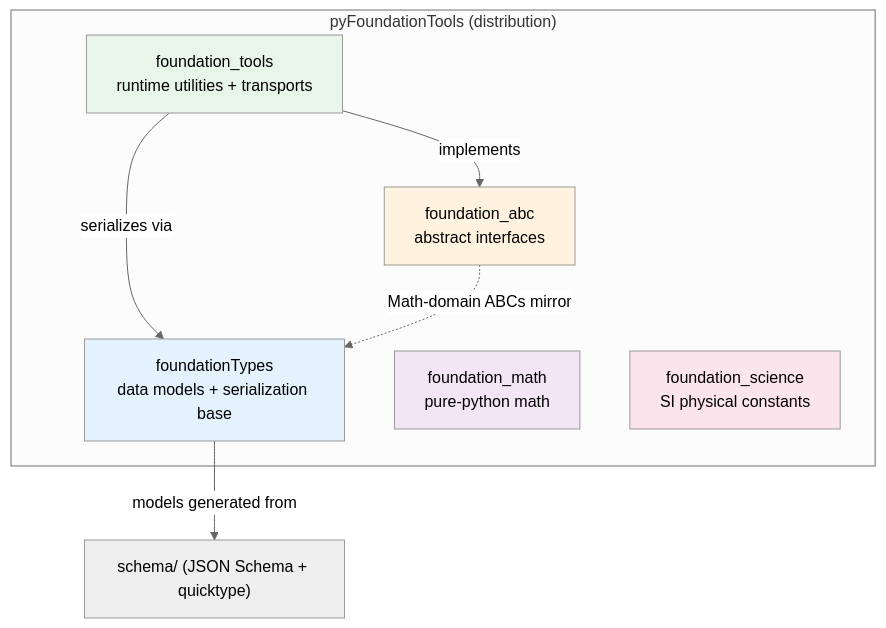
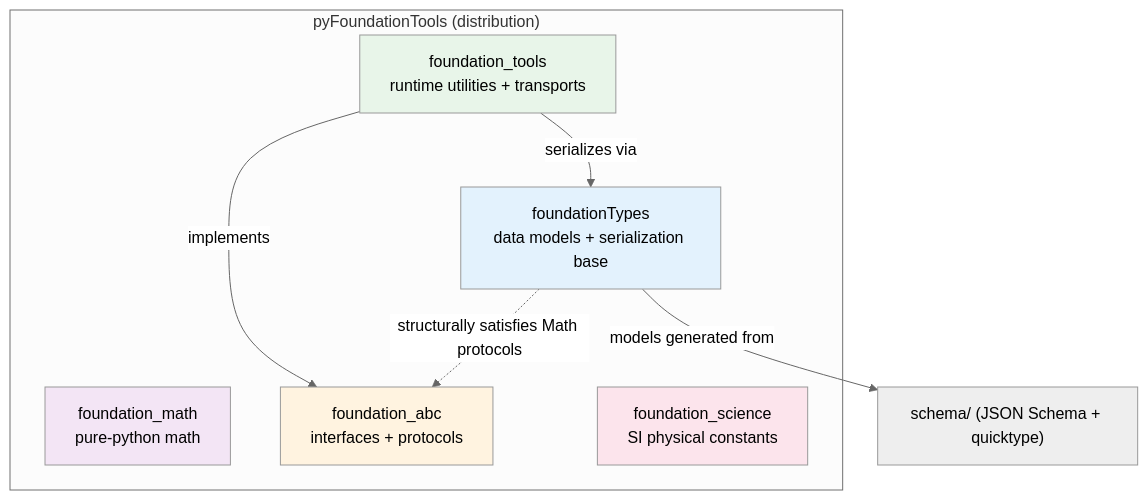
One commit to kopecn/py-foundationTools changed the first of 2 diagrams in docs/README.md. Above: the diagram before and after it, drawn with Mermaid (neutral theme). The commit also changed other lines of this file and 49 other files, not shown here.

````diff
--- a/docs/README.md
+++ b/docs/README.md
@@ -11,21 +11,21 @@
 ```mermaid
 graph TD
     subgraph dist["pyFoundationTools (distribution)"]
         FT["foundationTypes<br/>data models + serialization base"]
         FM["foundation_math<br/>pure-python math"]
-        ABC["foundation_abc<br/>abstract interfaces"]
+        ABC["foundation_abc<br/>interfaces + protocols"]
         TOOLS["foundation_tools<br/>runtime utilities + transports"]
         SCI["foundation_science<br/>SI physical constants"]
     end
 
     TOOLS -->|serializes via| FT
     TOOLS -->|implements| ABC
-    ABC -.->|Math-domain ABCs mirror| FT
+    FT -.->|structurally satisfies Math protocols| ABC
     FT -->|models generated from| SCHEMA["schema/ (JSON Schema + quicktype)"]
 
     style FT fill:#e3f2fd
     style TOOLS fill:#e8f5e9
     style ABC fill:#fff3e0
     style FM fill:#f3e5f5
     style SCI fill:#fce4ec
 ```
````
